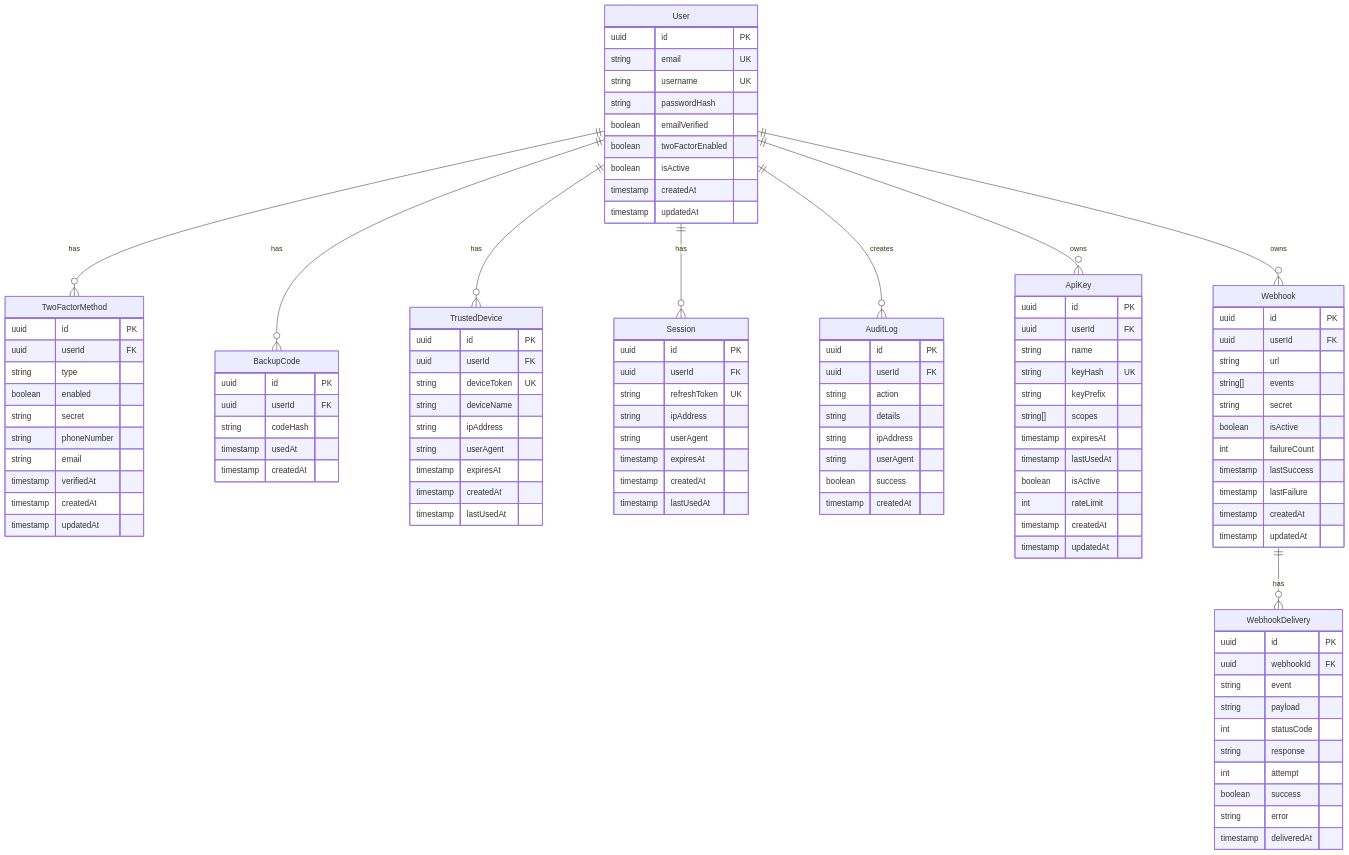
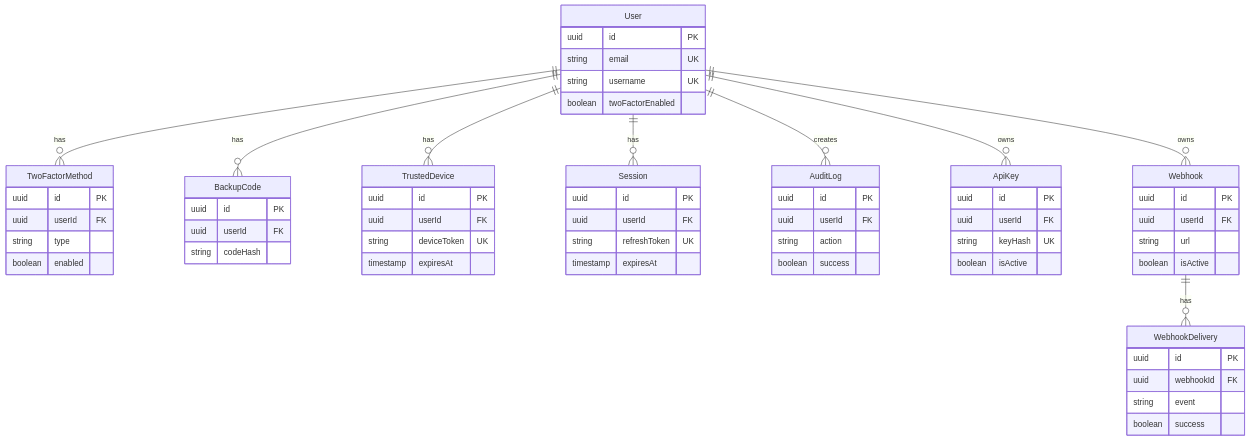
One commit to Ilia01/Aegis2FA changed the second of 2 diagrams in docs/architecture/database-schema.md. Above: the diagram before and after it, drawn with Mermaid. The commit also changed other lines of this file, not shown here.

Commit message:
docs: fixing the schema diagram visibility issue

````diff
--- a/docs/architecture/database-schema.md
+++ b/docs/architecture/database-schema.md
@@ -5,24 +51,19 @@
 ```mermaid
 erDiagram
-    User ||--o{ TwoFactorMethod : has
-    User ||--o{ BackupCode : has
-    User ||--o{ TrustedDevice : has
-    User ||--o{ Session : has
-    User ||--o{ AuditLog : creates
-    User ||--o{ ApiKey : owns
-    User ||--o{ Webhook : owns
-    Webhook ||--o{ WebhookDelivery : has
+    User ||--o{ TwoFactorMethod : "has"
+    User ||--o{ BackupCode : "has"
+    User ||--o{ TrustedDevice : "has"
+    User ||--o{ Session : "has"
+    User ||--o{ AuditLog : "creates"
+    User ||--o{ ApiKey : "owns"
+    User ||--o{ Webhook : "owns"
+    Webhook ||--o{ WebhookDelivery : "has"
 
     User {
         uuid id PK
         string email UK
         string username UK
-        string passwordHash
-        boolean emailVerified
         boolean twoFactorEnabled
-        boolean isActive
-        timestamp createdAt
-        timestamp updatedAt
     }
 
     TwoFactorMethod {
@@ -30,95 +71,53 @@
         uuid userId FK
         string type
         boolean enabled
-        string secret
-        string phoneNumber
-        string email
-        timestamp verifiedAt
-        timestamp createdAt
-        timestamp updatedAt
     }
 
     BackupCode {
         uuid id PK
         uuid userId FK
         string codeHash
-        timestamp usedAt
-        timestamp createdAt
     }
 
     TrustedDevice {
         uuid id PK
         uuid userId FK
         string deviceToken UK
-        string deviceName
-        string ipAddress
-        string userAgent
         timestamp expiresAt
-        timestamp createdAt
-        timestamp lastUsedAt
     }
 
     Session {
         uuid id PK
         uuid userId FK
         string refreshToken UK
-        string ipAddress
-        string userAgent
         timestamp expiresAt
-        timestamp createdAt
-        timestamp lastUsedAt
     }
 
     AuditLog {
         uuid id PK
         uuid userId FK
         string action
-        string details
-        string ipAddress
-        string userAgent
         boolean success
-        timestamp createdAt
     }
 
     ApiKey {
         uuid id PK
         uuid userId FK
-        string name
         string keyHash UK
-        string keyPrefix
-        string[] scopes
-        timestamp expiresAt
-        timestamp lastUsedAt
         boolean isActive
-        int rateLimit
-        timestamp createdAt
-        timestamp updatedAt
     }
 
     Webhook {
         uuid id PK
         uuid userId FK
         string url
-        string[] events
-        string secret
         boolean isActive
-        int failureCount
-        timestamp lastSuccess
-        timestamp lastFailure
-        timestamp createdAt
-        timestamp updatedAt
     }
 
     WebhookDelivery {
         uuid id PK
         uuid webhookId FK
         string event
-        string payload
-        int statusCode
-        string response
-        int attempt
         boolean success
-        string error
-        timestamp deliveredAt
     }
 ```
````
